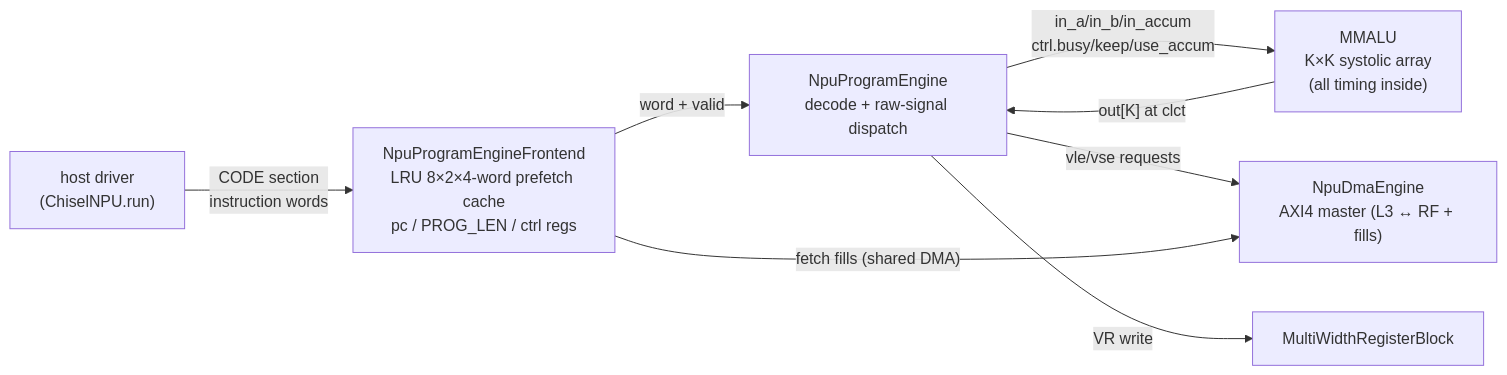
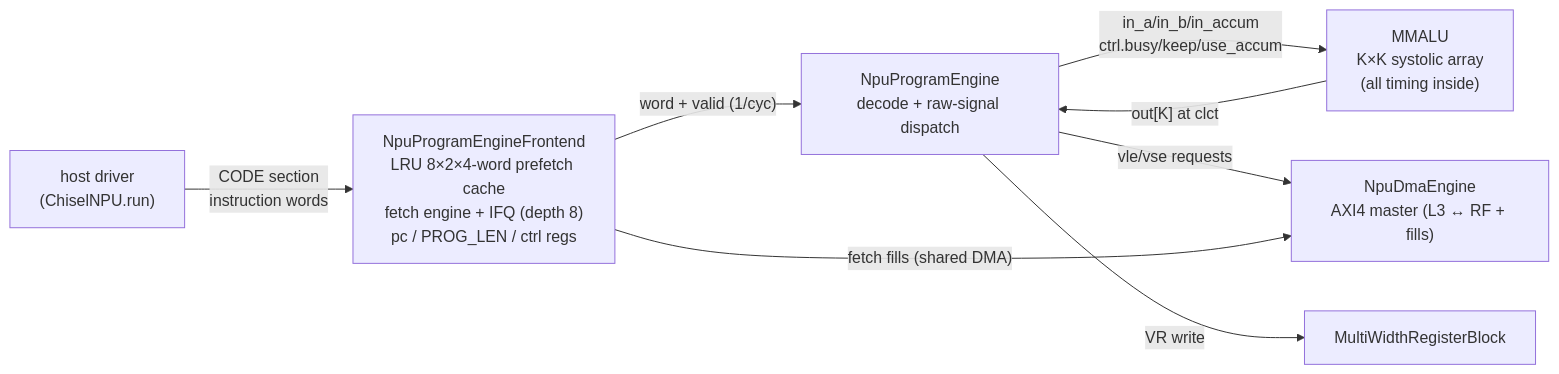
Before and after one commit to mpskex/chisel-npu: the third of 3 diagrams in docs/implementations/NeuralCore.md, drawn with Mermaid. The commit also changed other lines of this file and 35 other files, not shown here.

````diff
--- a/docs/implementations/NeuralCore.md
+++ b/docs/implementations/NeuralCore.md
@@ -192,10 +193,10 @@
 ```mermaid
 graph LR
     HOST["host driver\n(ChiselNPU.run)"] -->|"CODE section\ninstruction words"| FE
-    FE["NpuProgramEngineFrontend\nLRU 8×2×4-word prefetch cache\npc / PROG_LEN / ctrl regs"] -->|"word + valid"| ENG
+    FE["NpuProgramEngineFrontend\nLRU 8×2×4-word prefetch cache\nfetch engine + IFQ (depth 8)\npc / PROG_LEN / ctrl regs"] -->|"word + valid (1/cyc)"| ENG
     ENG["NpuProgramEngine\ndecode + raw-signal dispatch"] -->|"in_a/in_b/in_accum\nctrl.busy/keep/use_accum"| MMA
     ENG -->|"vle/vse requests"| DMA["NpuDmaEngine\nAXI4 master (L3 ↔ RF + fills)"]
     MMA["MMALU\nK×K systolic array\n(all timing inside)"] -->|"out[K] at clct"| ENG
     ENG -->|"VR write"| RF["MultiWidthRegisterBlock"]
     FE -->|"fetch fills (shared DMA)"| DMA
 ```
````
